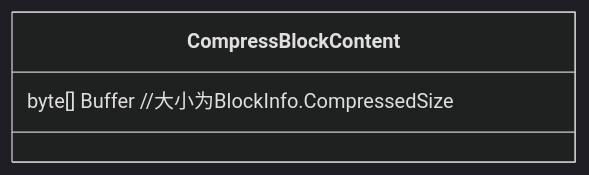
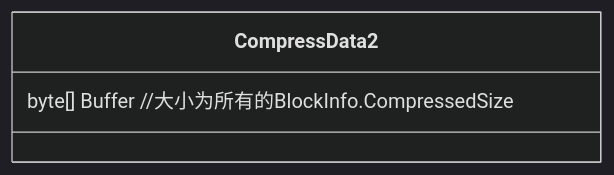
The fifth of 7 diagrams in _posts/计算机/游戏/Unity/2022-07-27-Assetbundle文件格式说明.md (Conerlius/conerlius.github.io), drawn with Mermaid (dark theme) before and after one commit. The commit also changed other lines of this file and 8 other files, not shown here.

````diff
--- a/_posts/计算机/游戏/Unity/2022-07-27-Assetbundle文件格式说明.md
+++ b/_posts/计算机/游戏/Unity/2022-07-27-Assetbundle文件格式说明.md
@@ -70,6 +71,6 @@
 ```mermaid
 classDiagram
-class CompressBlockContent {
-    byte[] Buffer //大小为BlockInfo.CompressedSize
+class CompressData2 {
+    byte[] Buffer //大小为所有的BlockInfo.CompressedSize
 }
 ```
````
